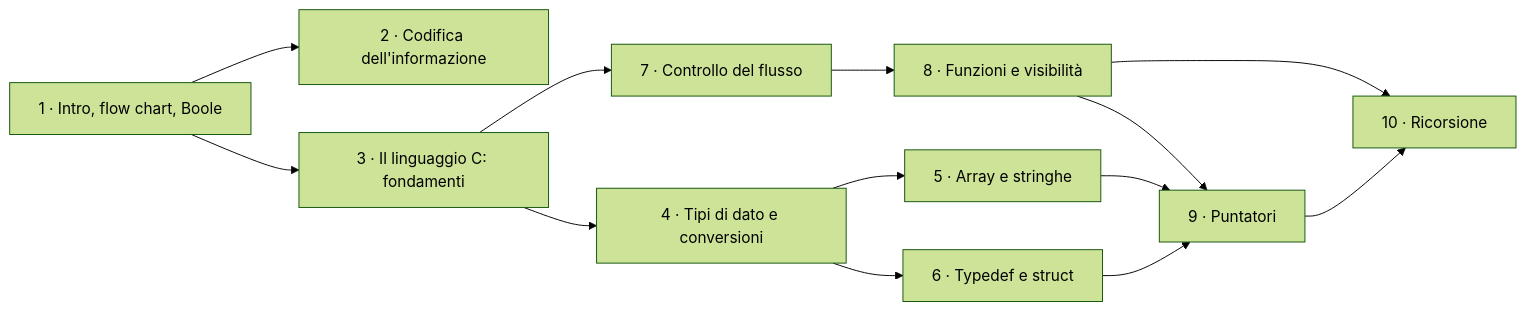
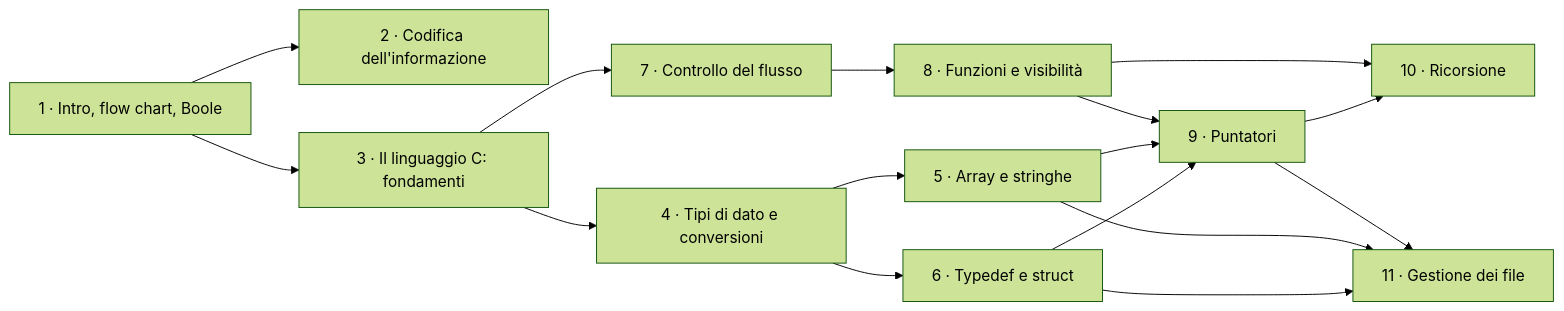
One commit to rikytomasoni-pixel/Studio changed the diagram in 2026-2027/30_Fondamenti_Informatica/00_MOC_FdI.md. Above: the diagram before and after it, drawn with Mermaid (forest theme). The commit also changed other lines of this file and 10 other files, not shown here.

````diff
--- a/2026-2027/30_Fondamenti_Informatica/00_MOC_FdI.md
+++ b/2026-2027/30_Fondamenti_Informatica/00_MOC_FdI.md
@@ -55,20 +55,23 @@
 ```mermaid
 flowchart LR
     C1["1 · Intro, flow chart, Boole"] --> C2["2 · Codifica dell'informazione"]
     C1 --> C3["3 · Il linguaggio C: fondamenti"]
     C3 --> C4["4 · Tipi di dato e conversioni"]
     C4 --> C5["5 · Array e stringhe"]
     C4 --> C6["6 · Typedef e struct"]
     C3 --> C7["7 · Controllo del flusso"]
     C7 --> C8["8 · Funzioni e visibilità"]
     C8 --> C9["9 · Puntatori"]
     C5 --> C9
     C6 --> C9
     C8 --> C10["10 · Ricorsione"]
     C9 --> C10
+    C9 --> C11["11 · Gestione dei file"]
+    C5 --> C11
+    C6 --> C11
 
     classDef fatto fill:#c8e6c9,stroke:#2e7d32,color:#000
     classDef corso fill:#fff3cd,stroke:#b8860b,color:#000
     %% class C1,C2 fatto
     %% class C3 corso
 ```
````
